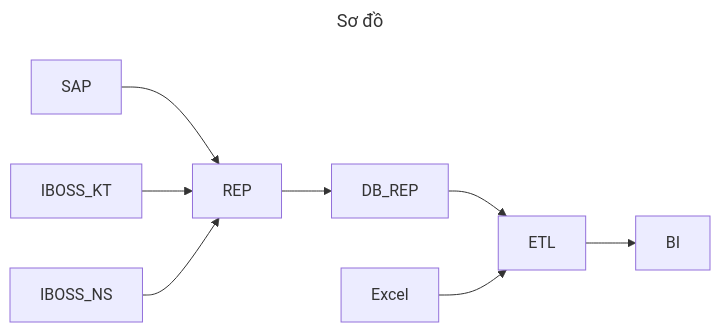
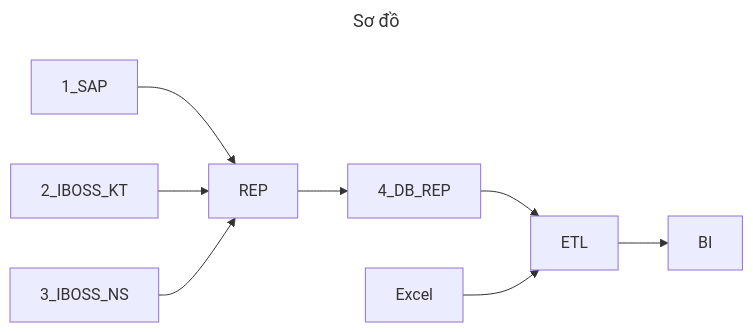
The diagram in HDSD_TLTL.md (hoanglong8/FoxAI-Data-Analyst), drawn with Mermaid before and after one commit. The commit also changed other lines of this file, not shown here.

````diff
--- a/HDSD_TLTL.md
+++ b/HDSD_TLTL.md
@@ -49,11 +40,11 @@
 ```mermaid
 ---
 title: Sơ đồ 
 ---
 flowchart LR
-    SAP --> REP
-    IBOSS_KT --> REP
-    IBOSS_NS --> REP
-    REP --> DB_REP --> ETL --> BI
+    1_SAP --> REP
+    2_IBOSS_KT --> REP
+    3_IBOSS_NS --> REP
+    REP --> 4_DB_REP --> ETL --> BI
     Excel --> ETL
 ```
````
